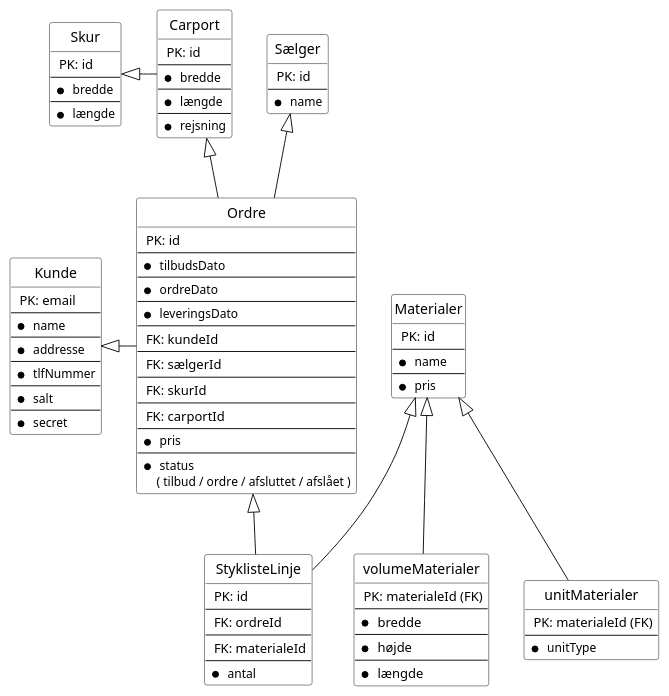
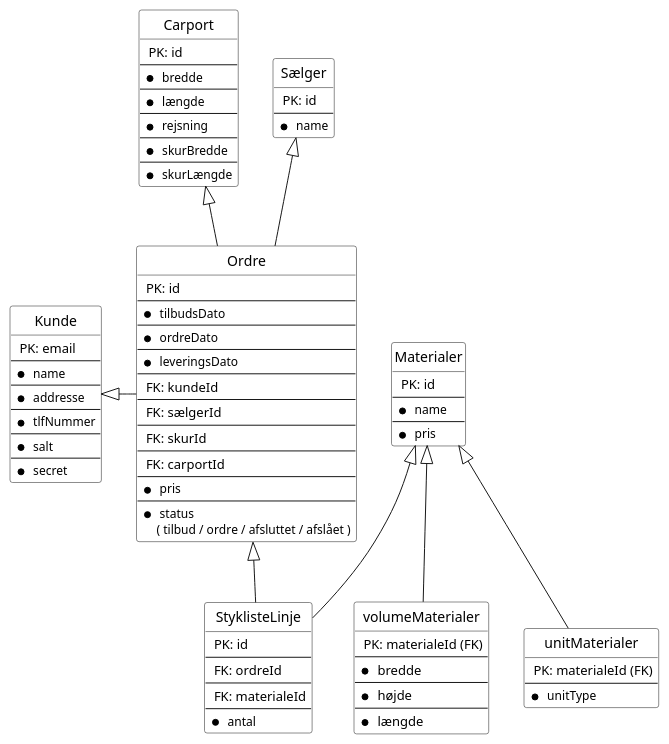
Before and after one commit to kalhauge/Fog: the second of 2 diagrams in src/main/Diagrammer/ER.puml, drawn with PlantUML. The commit also changed 11 other files, not shown here.

```diff
--- a/src/main/Diagrammer/ER.puml
+++ b/src/main/Diagrammer/ER.puml
@@ -104,115 +104,110 @@
 @startuml
 
 skinparam wrapWidth 300
 
 hide circle
 hide empty members
 
 entity Kunde #White {
    <size:13> PK: email
    --
    * <size:12> name
    --
    * <size:12> addresse
    --
    * <size:12> tlfNummer
    --
    * <size:12> salt
    --
    * <size:12> secret
 }
 
 entity Carport #White {
    <size:13> PK: id
    --
    * <size:12> bredde
    --
    * <size:12> længde
    --
    * <size:12> rejsning
-}
-
-entity Skur #White {
-   <size:13> PK: id
    --
-   * <size:12> bredde
+   * <size:12> skurBredde
    --
-   * <size:12> længde
+   * <size:12> skurLængde
 }
 
 
 entity Ordre  #White {
    <size:13> PK: id
    --
    * <size:12> tilbudsDato
    --
    * <size:12> ordreDato
    --
    * <size:12> leveringsDato
    --
    <size:13> FK: kundeId
    --
    <size:13> FK: sælgerId
    --
    <size:13> FK: skurId
    --
    <size:13> FK: carportId
    --
    * <size:12> pris
    --
    * <size:12> status
     <size:12>( tilbud / ordre / afsluttet / afslået )
 }
 
 entity unitMaterialer #White {
    <size:13> PK: materialeId (FK)
    --
    * <size:12> unitType
 }
 
 entity volumeMaterialer #White {
    <size:13> PK: materialeId (FK)
    --
    * <size:13> bredde
    --
    * <size:13> højde
    --
    * <size:13> længde
 }
 
 entity Materialer #White {
    <size:13> PK: id
    --
    * <size:12> name
    --
    * <size:12> pris
 }
 
 entity StyklisteLinje #White {
    <size:13> PK: id
    --
   <size:13> FK: ordreId
    --
    <size:13> FK: materialeId
    --
    * <size:12> antal
 }
 
 entity Sælger #White {
    <size:13> PK: id
    --
    * <size:12> name
 }
 
 
 
 
 Kunde <|- Ordre
 Sælger <|-- Ordre
 Carport <|-- Ordre
-Skur <|- Carport
 Ordre <|-- StyklisteLinje
 Materialer <|-- StyklisteLinje
 Materialer <|-- volumeMaterialer
 Materialer <|-- unitMaterialer
 @enduml
```
